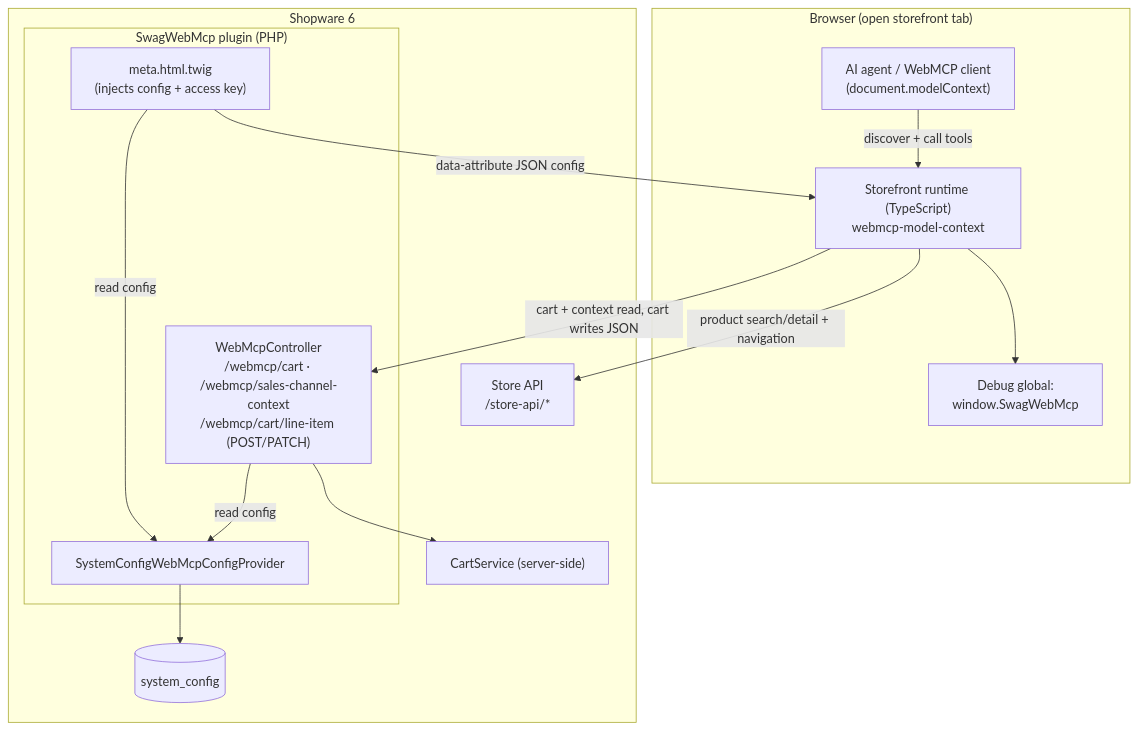
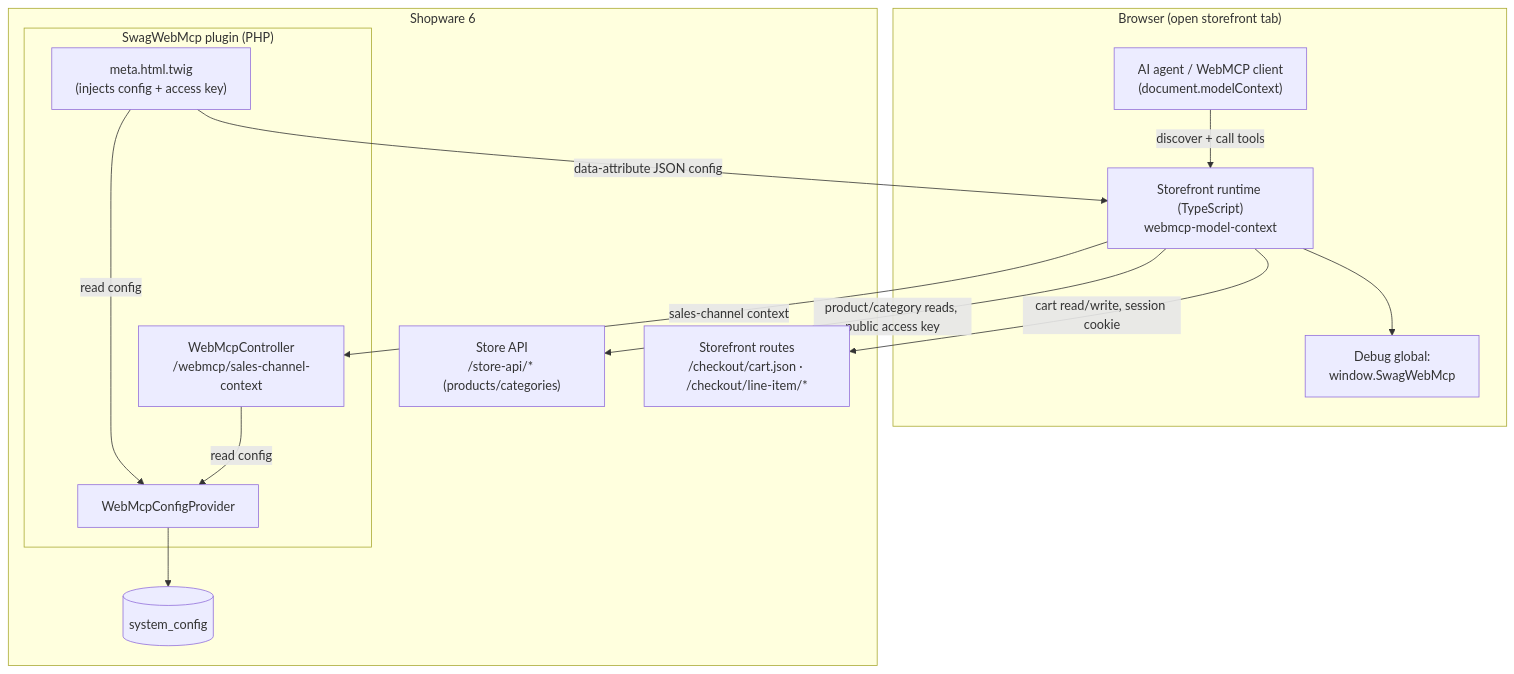
The first of 5 diagrams in docs/Architecture.md (agentic-commerce-lab/webmcp-plugin), drawn with Mermaid before and after one commit. The commit also changed other lines of this file and 19 other files, not shown here.

First line of the commit message:
Drive the cart over session-based storefront routes (#23)

````diff
--- a/docs/Architecture.md
+++ b/docs/Architecture.md
@@ -34,29 +32,29 @@
 ```mermaid
 graph TB
     subgraph Browser["Browser (open storefront tab)"]
         Agent["AI agent / WebMCP client<br/>(document.modelContext)"]
         Runtime["Storefront runtime (TypeScript)<br/>webmcp-model-context"]
         Globals["Debug global:<br/>window.SwagWebMcp"]
     end
 
     subgraph Shopware["Shopware 6"]
         subgraph Plugin["SwagWebMcp plugin (PHP)"]
-            Controller["WebMcpController<br/>/webmcp/cart · /webmcp/sales-channel-context<br/>/webmcp/cart/line-item (POST/PATCH)"]
-            Config["SystemConfigWebMcpConfigProvider"]
+            Controller["WebMcpController<br/>/webmcp/sales-channel-context"]
+            Config["WebMcpConfigProvider"]
             Twig["meta.html.twig<br/>(injects config + access key)"]
         end
-        StoreAPI["Store API<br/>/store-api/*"]
-        CartService["CartService (server-side)"]
+        StoreAPI["Store API<br/>/store-api/* (products/categories)"]
+        Storefront["Storefront routes<br/>/checkout/cart.json · /checkout/line-item/*"]
         SysConfig[("system_config")]
     end
 
     Agent -->|discover + call tools| Runtime
     Runtime --> Globals
     Twig -->|data-attribute JSON config| Runtime
-    Runtime -->|product search/detail + navigation| StoreAPI
-    Runtime -->|cart + context read, cart writes JSON| Controller
-    Controller --> CartService
+    Runtime -->|product/category reads, public access key| StoreAPI
+    Runtime -->|cart read/write, session cookie| Storefront
+    Runtime -->|sales-channel context| Controller
     Controller -->|read config| Config
     Twig -->|read config| Config
     Config --> SysConfig
 ```
````
